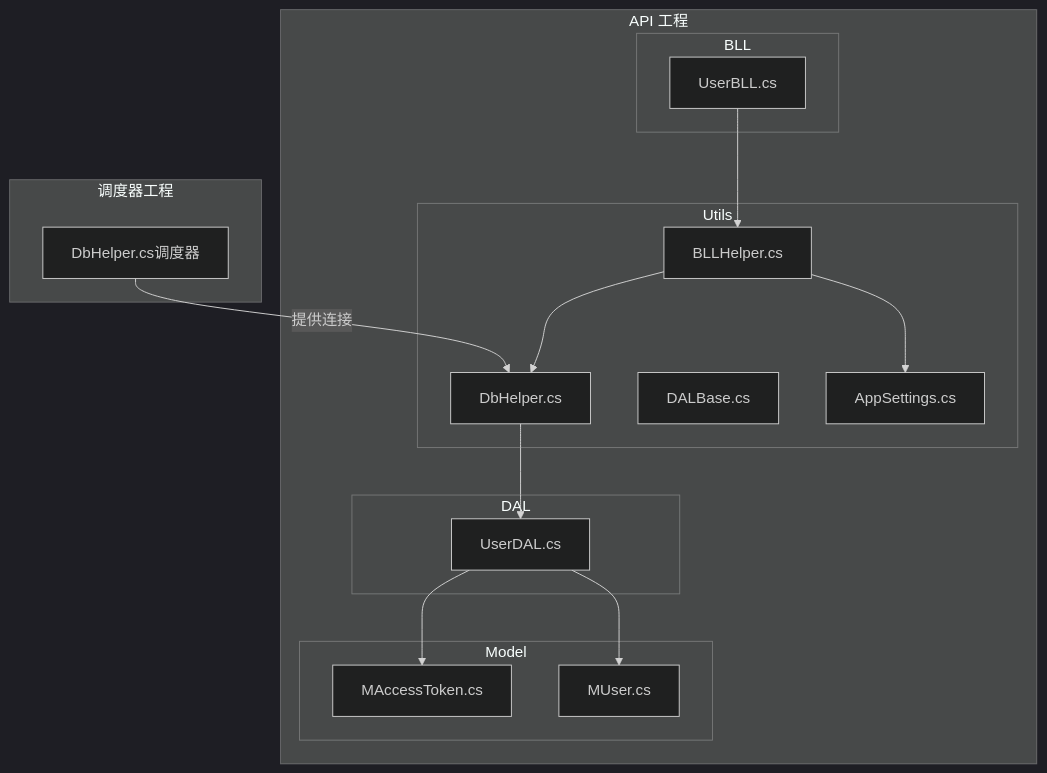
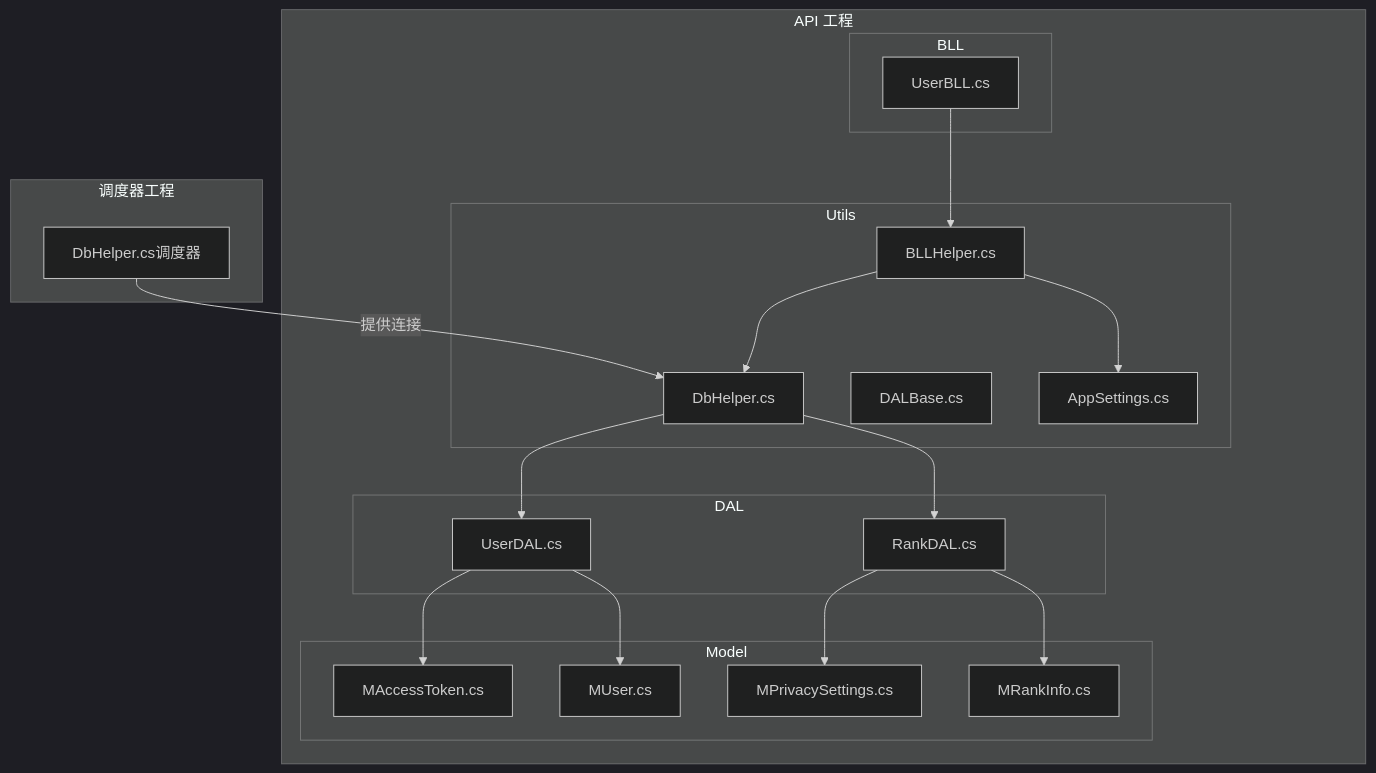
The first of 6 diagrams in .qoder/repowiki/zh/content/后端 API 服务/工具类库/数据库连接管理.md (TinyMaD/SpeedRunnersLab), drawn with Mermaid (dark theme) before and after one commit. The commit also changed other lines of this file and 29 other files, not shown here.

````diff
--- a/.qoder/repowiki/zh/content/后端 API 服务/工具类库/数据库连接管理.md
+++ b/.qoder/repowiki/zh/content/后端 API 服务/工具类库/数据库连接管理.md
@@ -34,31 +47,37 @@
 ```mermaid
 graph TB
 subgraph "API 工程"
 subgraph "Utils"
 DH["DbHelper.cs"]
 BH["BLLHelper.cs"]
 DB["DALBase.cs"]
 AS["AppSettings.cs"]
 end
 subgraph "DAL"
 UD["UserDAL.cs"]
+RD["RankDAL.cs"]
 end
 subgraph "BLL"
 UB["UserBLL.cs"]
 end
 subgraph "Model"
 MA["MAccessToken.cs"]
 MU["MUser.cs"]
+MP["MPrivacySettings.cs"]
+MR["MRankInfo.cs"]
 end
 end
 subgraph "调度器工程"
 SH["DbHelper.cs调度器"]
 end
 UB --> BH
 BH --> DH
 DH --> UD
+DH --> RD
 UD --> MA
 UD --> MU
+RD --> MP
+RD --> MR
 BH --> AS
 SH --> |"提供连接"| DH
 ```
````
